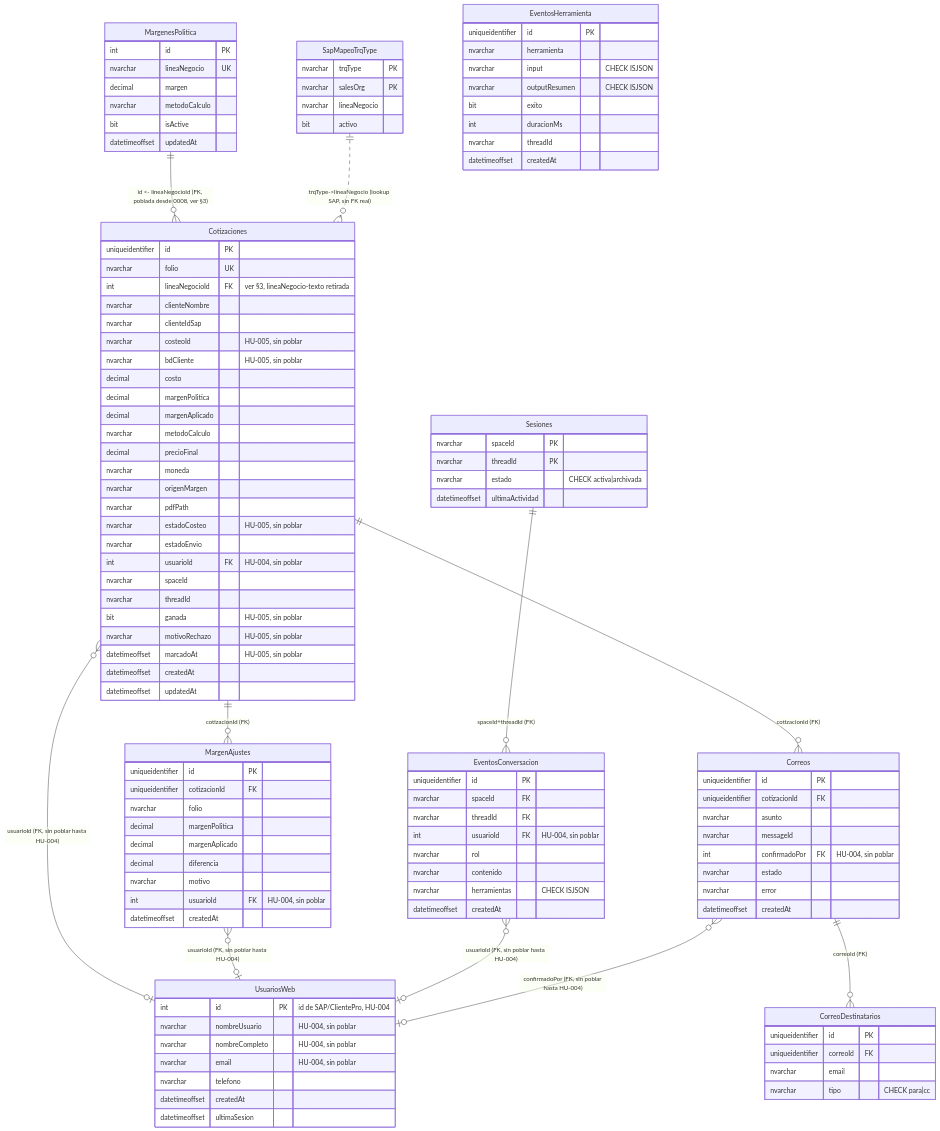
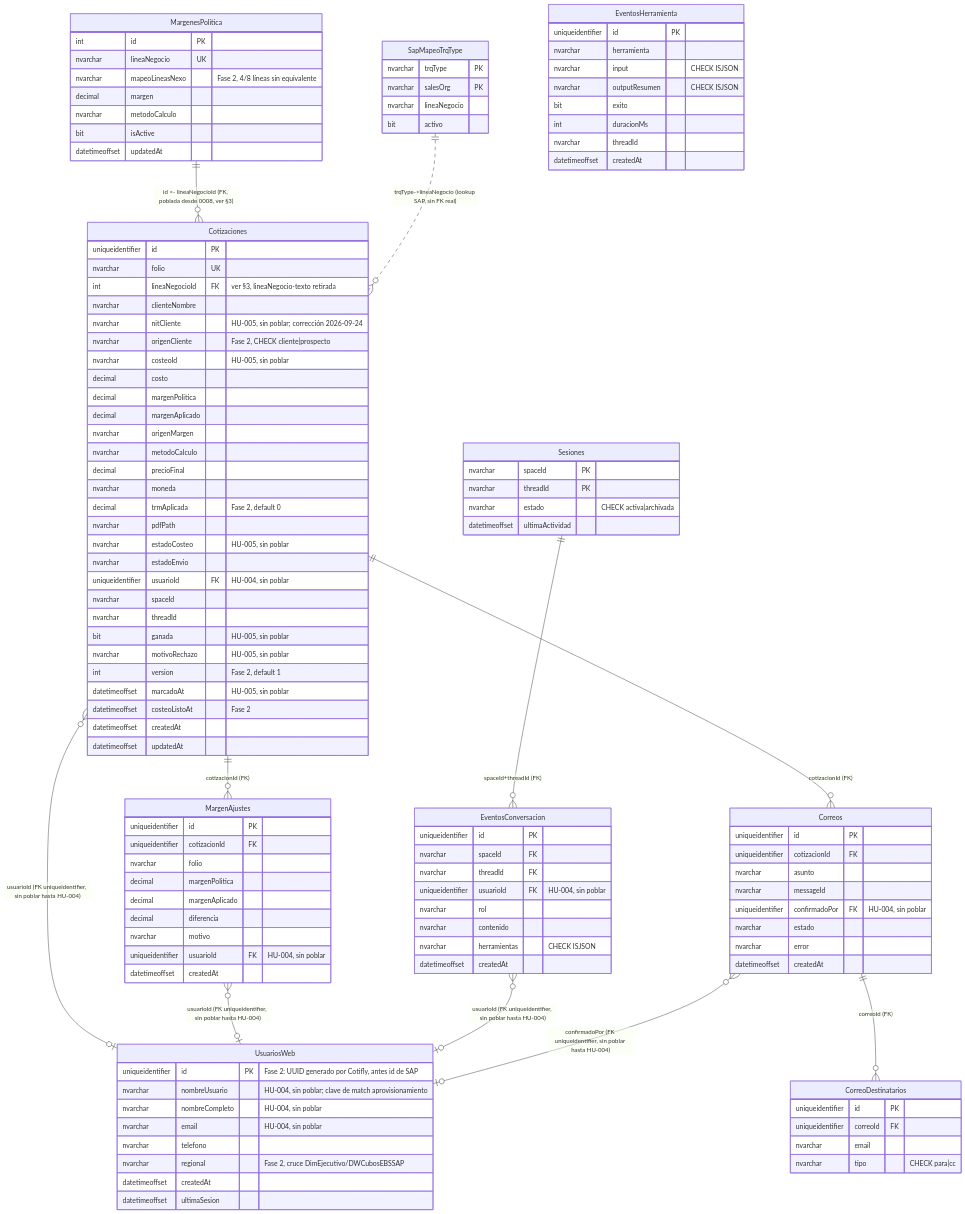
The diagram in docs/ESQUEMA_OBJETIVO_SQLSERVER.md (InnovacionIA-proyectos/Cotifly), drawn with Mermaid before and after one commit. The commit also changed other lines of this file and 6 other files, not shown here.

First line of the commit message:
Add initial SQL Server schema and seed data for Cotifly

```diff
--- a/docs/ESQUEMA_OBJETIVO_SQLSERVER.md
+++ b/docs/ESQUEMA_OBJETIVO_SQLSERVER.md
@@ -112,10 +112,10 @@
 erDiagram
     Cotizaciones ||--o{ MargenAjustes : "cotizacionId (FK)"
     Cotizaciones ||--o{ Correos : "cotizacionId (FK)"
-    Cotizaciones }o--o| UsuariosWeb : "usuarioId (FK, sin poblar hasta HU-004)"
-    MargenAjustes }o--o| UsuariosWeb : "usuarioId (FK, sin poblar hasta HU-004)"
-    EventosConversacion }o--o| UsuariosWeb : "usuarioId (FK, sin poblar hasta HU-004)"
-    Correos }o--o| UsuariosWeb : "confirmadoPor (FK, sin poblar hasta HU-004)"
+    Cotizaciones }o--o| UsuariosWeb : "usuarioId (FK uniqueidentifier, sin poblar hasta HU-004)"
+    MargenAjustes }o--o| UsuariosWeb : "usuarioId (FK uniqueidentifier, sin poblar hasta HU-004)"
+    EventosConversacion }o--o| UsuariosWeb : "usuarioId (FK uniqueidentifier, sin poblar hasta HU-004)"
+    Correos }o--o| UsuariosWeb : "confirmadoPor (FK uniqueidentifier, sin poblar hasta HU-004)"
     Correos ||--o{ CorreoDestinatarios : "correoId (FK)"
     Sesiones ||--o{ EventosConversacion : "spaceId+threadId (FK)"
     MargenesPolitica ||--o{ Cotizaciones : "id <- lineaNegocioId (FK, poblada desde 0008, ver §3)"
@@ -126,25 +126,28 @@
         nvarchar folio UK
         int lineaNegocioId FK "ver §3, lineaNegocio-texto retirada"
         nvarchar clienteNombre
-        nvarchar clienteIdSap
+        nvarchar nitCliente "HU-005, sin poblar; corrección 2026-09-24"
+        nvarchar origenCliente "Fase 2, CHECK cliente|prospecto"
         nvarchar costeoId "HU-005, sin poblar"
-        nvarchar bdCliente "HU-005, sin poblar"
         decimal costo
         decimal margenPolitica
         decimal margenAplicado
+        nvarchar origenMargen
         nvarchar metodoCalculo
         decimal precioFinal
         nvarchar moneda
-        nvarchar origenMargen
+        decimal trmAplicada "Fase 2, default 0"
         nvarchar pdfPath
         nvarchar estadoCosteo "HU-005, sin poblar"
         nvarchar estadoEnvio
-        int usuarioId FK "HU-004, sin poblar"
+        uniqueidentifier usuarioId FK "HU-004, sin poblar"
         nvarchar spaceId
         nvarchar threadId
         bit ganada "HU-005, sin poblar"
         nvarchar motivoRechazo "HU-005, sin poblar"
+        int version "Fase 2, default 1"
         datetimeoffset marcadoAt "HU-005, sin poblar"
+        datetimeoffset costeoListoAt "Fase 2"
         datetimeoffset createdAt
         datetimeoffset updatedAt
     }
@@ -156,7 +159,7 @@
         decimal margenAplicado
         decimal diferencia
         nvarchar motivo
-        int usuarioId FK "HU-004, sin poblar"
+        uniqueidentifier usuarioId FK "HU-004, sin poblar"
         datetimeoffset createdAt
     }
     Correos {
@@ -164,7 +167,7 @@
         uniqueidentifier cotizacionId FK
         nvarchar asunto
         nvarchar messageId
-        int confirmadoPor FK "HU-004, sin poblar"
+        uniqueidentifier confirmadoPor FK "HU-004, sin poblar"
         nvarchar estado
         nvarchar error
         datetimeoffset createdAt
@@ -179,7 +182,7 @@
         uniqueidentifier id PK
         nvarchar spaceId FK
         nvarchar threadId FK
-        int usuarioId FK "HU-004, sin poblar"
+        uniqueidentifier usuarioId FK "HU-004, sin poblar"
         nvarchar rol
         nvarchar contenido
         nvarchar herramientas "CHECK ISJSON"
@@ -202,17 +205,19 @@
         datetimeoffset ultimaActividad
     }
     UsuariosWeb {
-        int id PK "id de SAP/ClientePro, HU-004"
-        nvarchar nombreUsuario "HU-004, sin poblar"
+        uniqueidentifier id PK "Fase 2: UUID generado por Cotifly, antes id de SAP"
+        nvarchar nombreUsuario "HU-004, sin poblar; clave de match aprovisionamiento"
         nvarchar nombreCompleto "HU-004, sin poblar"
         nvarchar email "HU-004, sin poblar"
         nvarchar telefono
+        nvarchar regional "Fase 2, cruce DimEjecutivo/DWCubosEBSSAP"
         datetimeoffset createdAt
         datetimeoffset ultimaSesion
     }
     MargenesPolitica {
         int id PK
         nvarchar lineaNegocio UK
+        nvarchar mapeoLineasNexo "Fase 2, 4/8 líneas sin equivalente"
         decimal margen
         nvarchar metodoCalculo
         bit isActive
```
